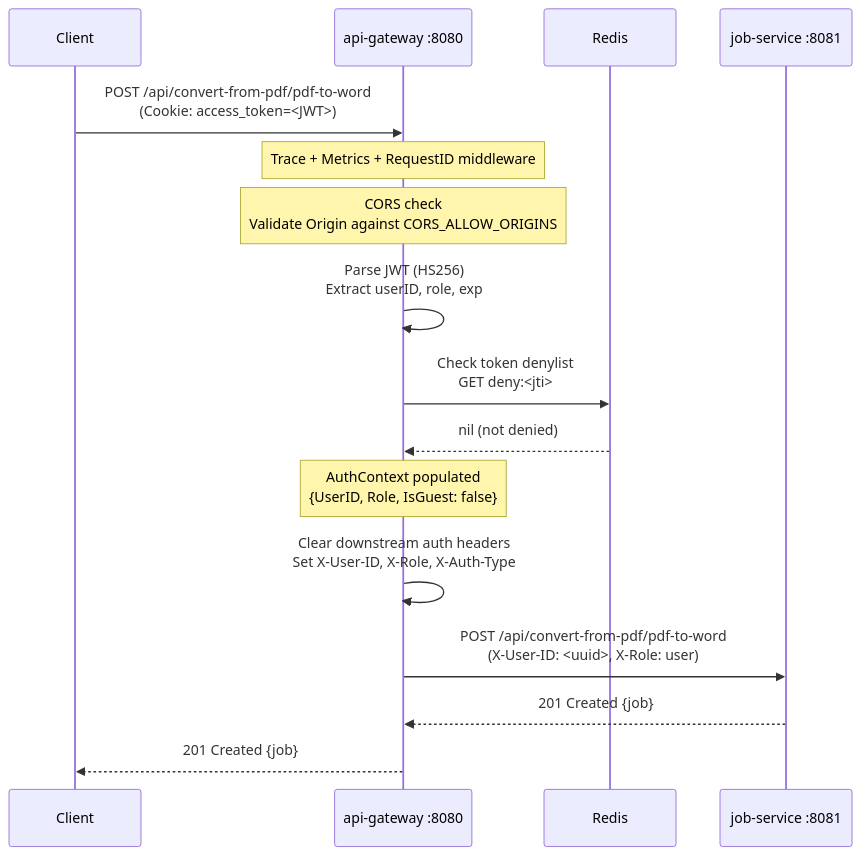
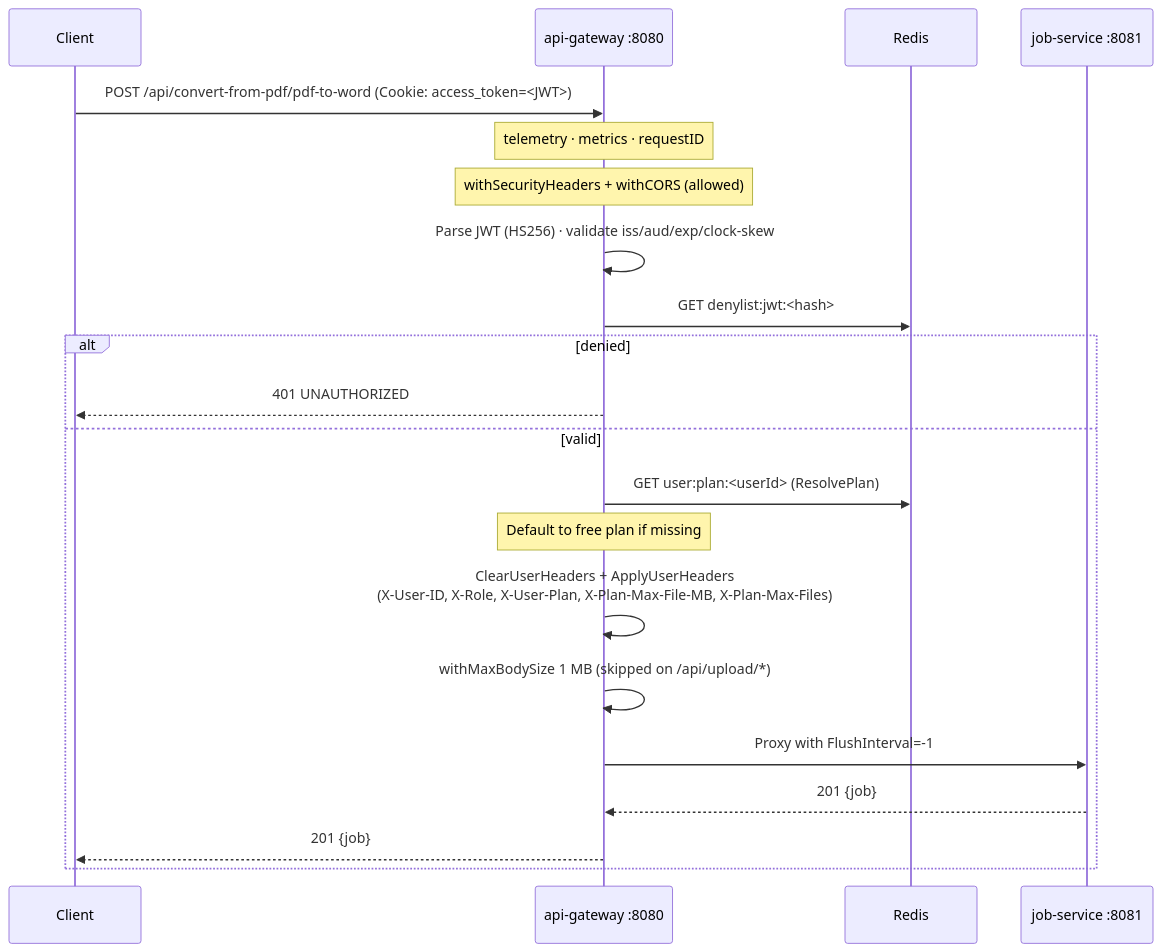
One commit to Prachidubey2003/fyredocs_backend changed the first of 7 diagrams in docs/developer/mermaid/service-api-gateway-sequence.md. Above: the diagram before and after it, drawn with Mermaid. The commit also changed other lines of this file and 39 other files, not shown here.

Commit message:
Refactor PDF services to use NATS JetStream for job dispatch and event publishing; enhance documentation for OPTIMIZE_PDF and ORGANIZE_PDF services; remove deprecated UPLOAD_SERVICE documentation; update OpenAPI spec for improved clarity and accuracy.

````diff
--- a/docs/developer/mermaid/service-api-gateway-sequence.md
+++ b/docs/developer/mermaid/service-api-gateway-sequence.md
@@ -7,27 +7,25 @@
 ```mermaid
 sequenceDiagram
     participant Client
     participant GW as api-gateway :8080
     participant Redis
     participant JobSvc as job-service :8081
 
-    Client->>GW: POST /api/convert-from-pdf/pdf-to-word<br/>(Cookie: access_token=<JWT>)
+    Client->>GW: POST /api/convert-from-pdf/pdf-to-word (Cookie: access_token=<JWT>)
+    Note over GW: telemetry · metrics · requestID
+    Note over GW: withSecurityHeaders + withCORS (allowed)
 
-    Note over GW: Trace + Metrics + RequestID middleware
-
-    Note over GW: CORS check<br/>Validate Origin against CORS_ALLOW_ORIGINS
-
-    GW->>GW: Parse JWT (HS256)<br/>Extract userID, role, exp
-
-    GW->>Redis: Check token denylist<br/>GET deny:<jti>
-    Redis-->>GW: nil (not denied)
-
-    Note over GW: AuthContext populated<br/>{UserID, Role, IsGuest: false}
-
-    GW->>GW: Clear downstream auth headers<br/>Set X-User-ID, X-Role, X-Auth-Type
-
-    GW->>JobSvc: POST /api/convert-from-pdf/pdf-to-word<br/>(X-User-ID: <uuid>, X-Role: user)
-
-    JobSvc-->>GW: 201 Created {job}
-    GW-->>Client: 201 Created {job}
+    GW->>GW: Parse JWT (HS256) · validate iss/aud/exp/clock-skew
+    GW->>Redis: GET denylist:jwt:<hash>
+    alt denied
+        GW-->>Client: 401 UNAUTHORIZED
+    else valid
+        GW->>Redis: GET user:plan:<userId>  (ResolvePlan)
+        Note over GW: Default to free plan if missing
+        GW->>GW: ClearUserHeaders + ApplyUserHeaders<br/>(X-User-ID, X-Role, X-User-Plan, X-Plan-Max-File-MB, X-Plan-Max-Files)
+        GW->>GW: withMaxBodySize 1 MB (skipped on /api/upload/*)
+        GW->>JobSvc: Proxy with FlushInterval=-1
+        JobSvc-->>GW: 201 {job}
+        GW-->>Client: 201 {job}
+    end
 ```
````
